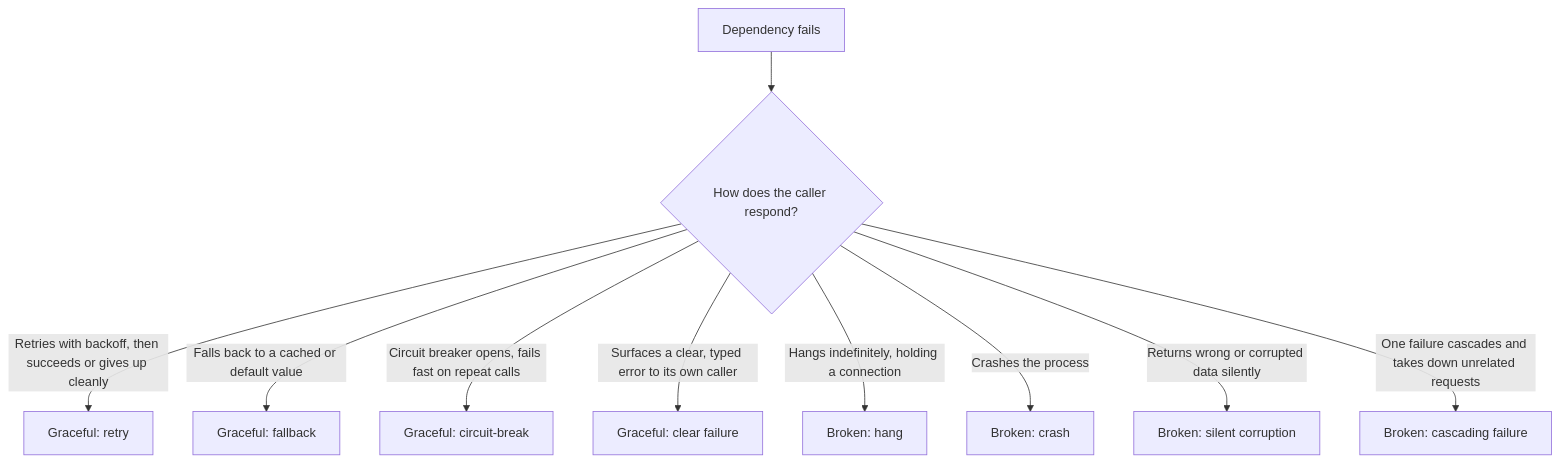
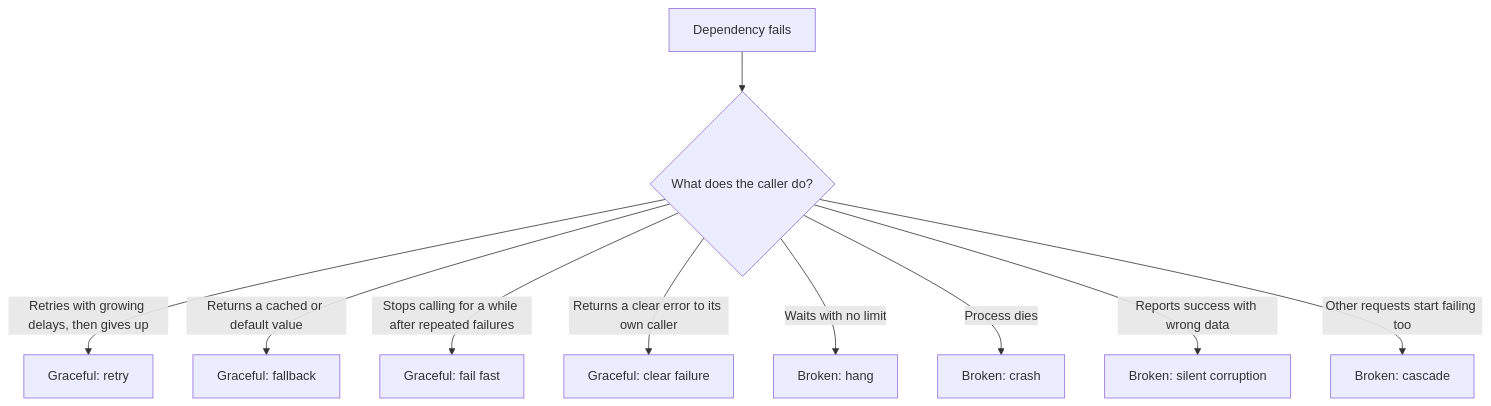
Before and after one commit to francoandreDev/knowledge: the diagram in src/content/testing-quality/fault-injection/L2-concept.mdx, drawn with Mermaid. The commit also changed other lines of this file and 16 other files, not shown here.

Commit message:
Migrate testing-quality batch 3 (property-based-testing, contract-testing, fault-injection, test-suite-architecture) to the three-tier exercise model

````diff
--- a/src/content/testing-quality/fault-injection/L2-concept.mdx
+++ b/src/content/testing-quality/fault-injection/L2-concept.mdx
@@ -59,12 +32,12 @@
 ```mermaid
 flowchart TD
-    F[Dependency fails] --> Q{How does the caller respond?}
-    Q -->|Retries with backoff, then succeeds or gives up cleanly| G1[Graceful: retry]
-    Q -->|Falls back to a cached or default value| G2[Graceful: fallback]
-    Q -->|Circuit breaker opens, fails fast on repeat calls| G3[Graceful: circuit-break]
-    Q -->|Surfaces a clear, typed error to its own caller| G4[Graceful: clear failure]
-    Q -->|Hangs indefinitely, holding a connection| B1[Broken: hang]
-    Q -->|Crashes the process| B2[Broken: crash]
-    Q -->|Returns wrong or corrupted data silently| B3[Broken: silent corruption]
-    Q -->|One failure cascades and takes down unrelated requests| B4[Broken: cascading failure]
+    F[Dependency fails] --> Q{What does the caller do?}
+    Q -->|Retries with growing delays, then gives up| G1[Graceful: retry]
+    Q -->|Returns a cached or default value| G2[Graceful: fallback]
+    Q -->|Stops calling for a while after repeated failures| G3[Graceful: fail fast]
+    Q -->|Returns a clear error to its own caller| G4[Graceful: clear failure]
+    Q -->|Waits with no limit| B1[Broken: hang]
+    Q -->|Process dies| B2[Broken: crash]
+    Q -->|Reports success with wrong data| B3[Broken: silent corruption]
+    Q -->|Other requests start failing too| B4[Broken: cascade]
 ```
````
